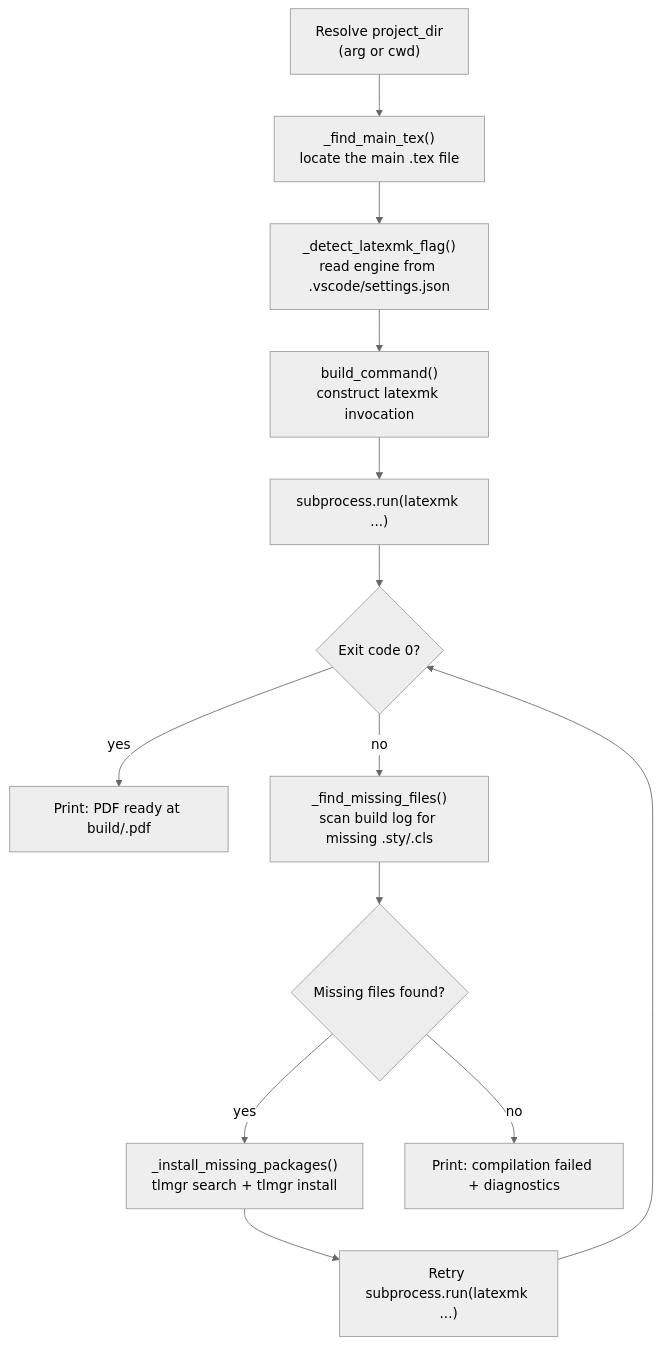
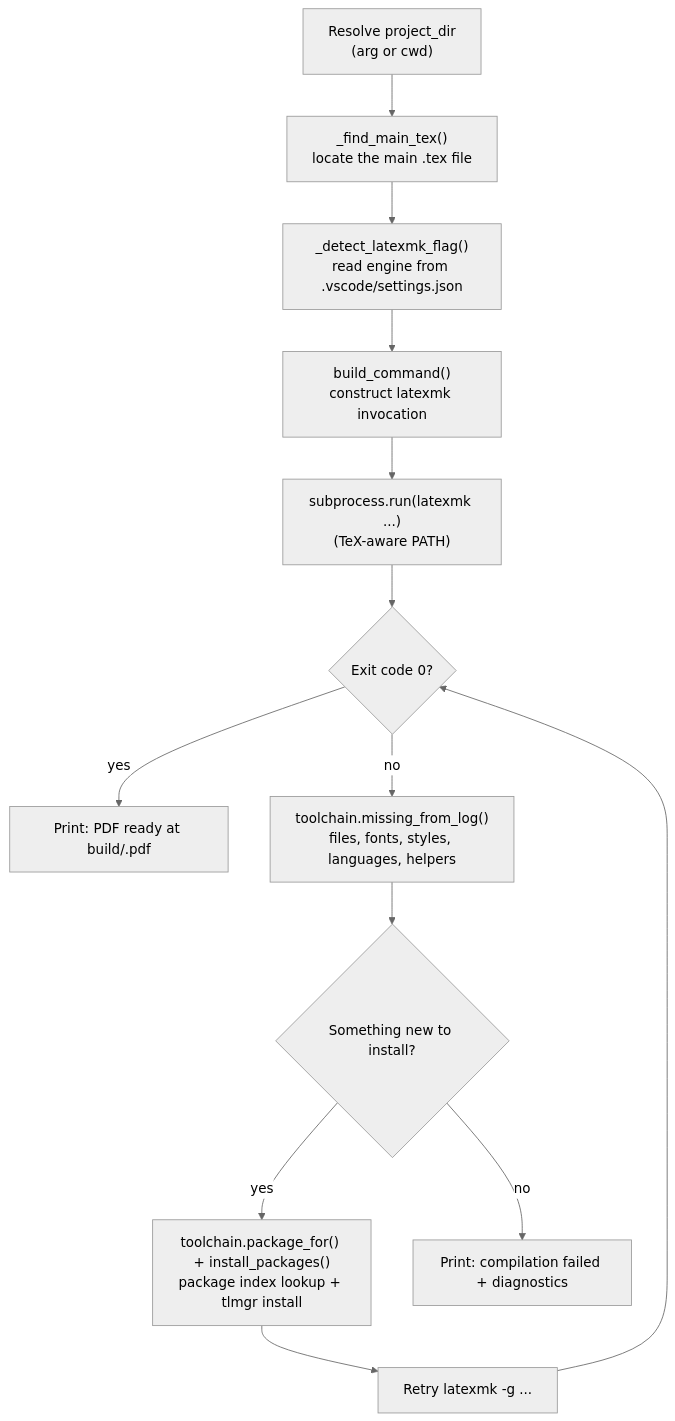
The diagram in docs/architecture/build-pipeline.md (thmsgo18/latex-forge), drawn with Mermaid (neutral theme) before and after one commit. The commit also changed other lines of this file and 36 other files, not shown here.

````diff
--- a/docs/architecture/build-pipeline.md
+++ b/docs/architecture/build-pipeline.md
@@ -7,22 +7,22 @@
 ```mermaid
 flowchart TD
     A["Resolve project_dir\n(arg or cwd)"]
     B["_find_main_tex()\nlocate the main .tex file"]
     C["_detect_latexmk_flag()\nread engine from .vscode/settings.json"]
     D["build_command()\nconstruct latexmk invocation"]
-    E["subprocess.run(latexmk ...)"]
+    E["subprocess.run(latexmk ...)\n(TeX-aware PATH)"]
     F{Exit code 0?}
     G["Print: PDF ready at build/<name>.pdf"]
-    H["_find_missing_files()\nscan build log for missing .sty/.cls"]
-    I{Missing files found?}
-    J["_install_missing_packages()\ntlmgr search + tlmgr install"]
-    K["Retry subprocess.run(latexmk ...)"]
+    H["toolchain.missing_from_log()\nfiles, fonts, styles, languages, helpers"]
+    I{Something new to install?}
+    J["toolchain.package_for() + install_packages()\npackage index lookup + tlmgr install"]
+    K["Retry latexmk -g ..."]
     L["Print: compilation failed + diagnostics"]
 
     A --> B --> C --> D --> E --> F
     F -->|yes| G
     F -->|no| H
     H --> I
     I -->|yes| J --> K --> F
     I -->|no| L
 ```
````
